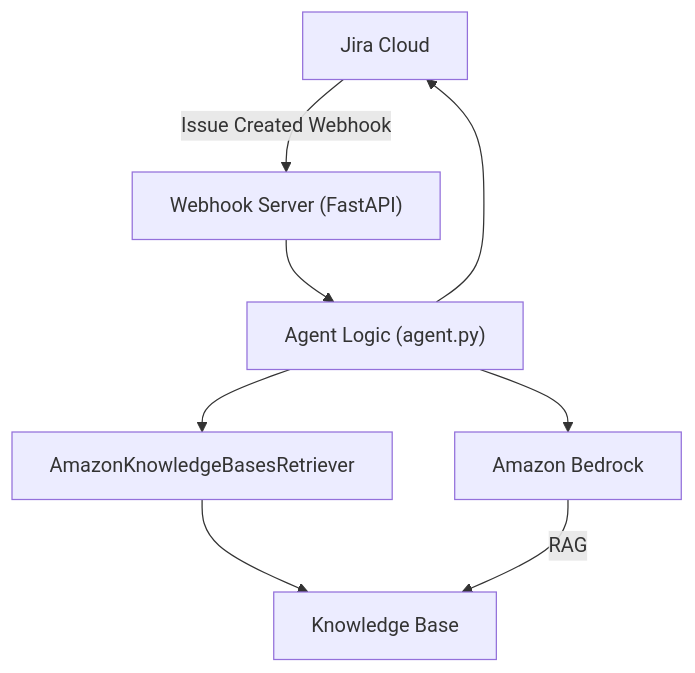
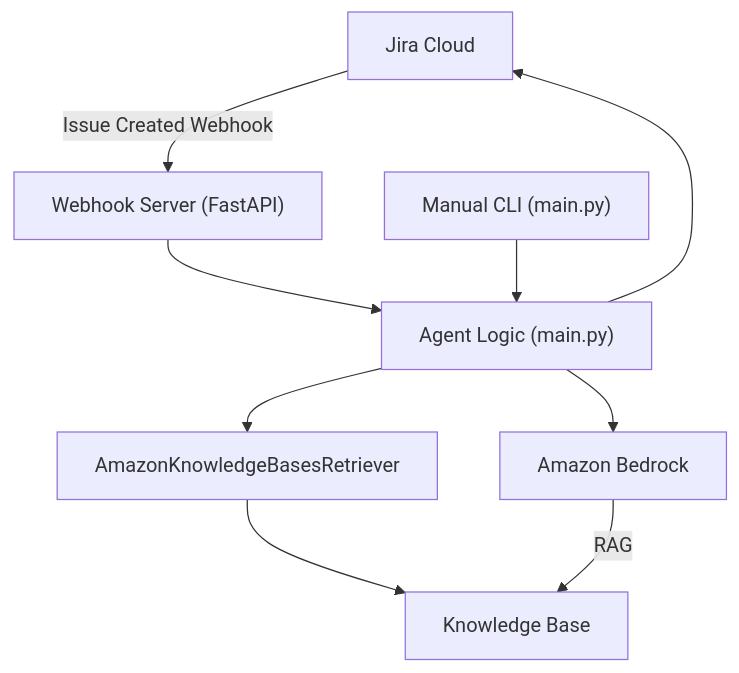
The first of 2 diagrams in README.md (AgnesYYQ/jira-rag-assistant), drawn with Mermaid before and after one commit. The commit also changed other lines of this file and 1 other file, not shown here.

Commit message:
Clarify CLI usage is for local test only

````diff
--- a/README.md
+++ b/README.md
@@ -39,17 +44,19 @@
 ```mermaid
 graph TD
   Jira["Jira Cloud"]
   Webhook["Webhook Server (FastAPI)"]
-  Agent["Agent Logic (agent.py)"]
+  CLI["Manual CLI (main.py)"]
+  Agent["Agent Logic (main.py)"]
   Bedrock["Amazon Bedrock"]
   Retriever["AmazonKnowledgeBasesRetriever"]
   KnowledgeBase["Knowledge Base"]
 
   Jira -- Issue Created Webhook --> Webhook
   Webhook --> Agent
+  CLI --> Agent
   Agent --> Bedrock
   Agent --> Retriever
   Retriever --> KnowledgeBase
   Bedrock -->|RAG| KnowledgeBase
   Agent --> Jira
 ```
````
